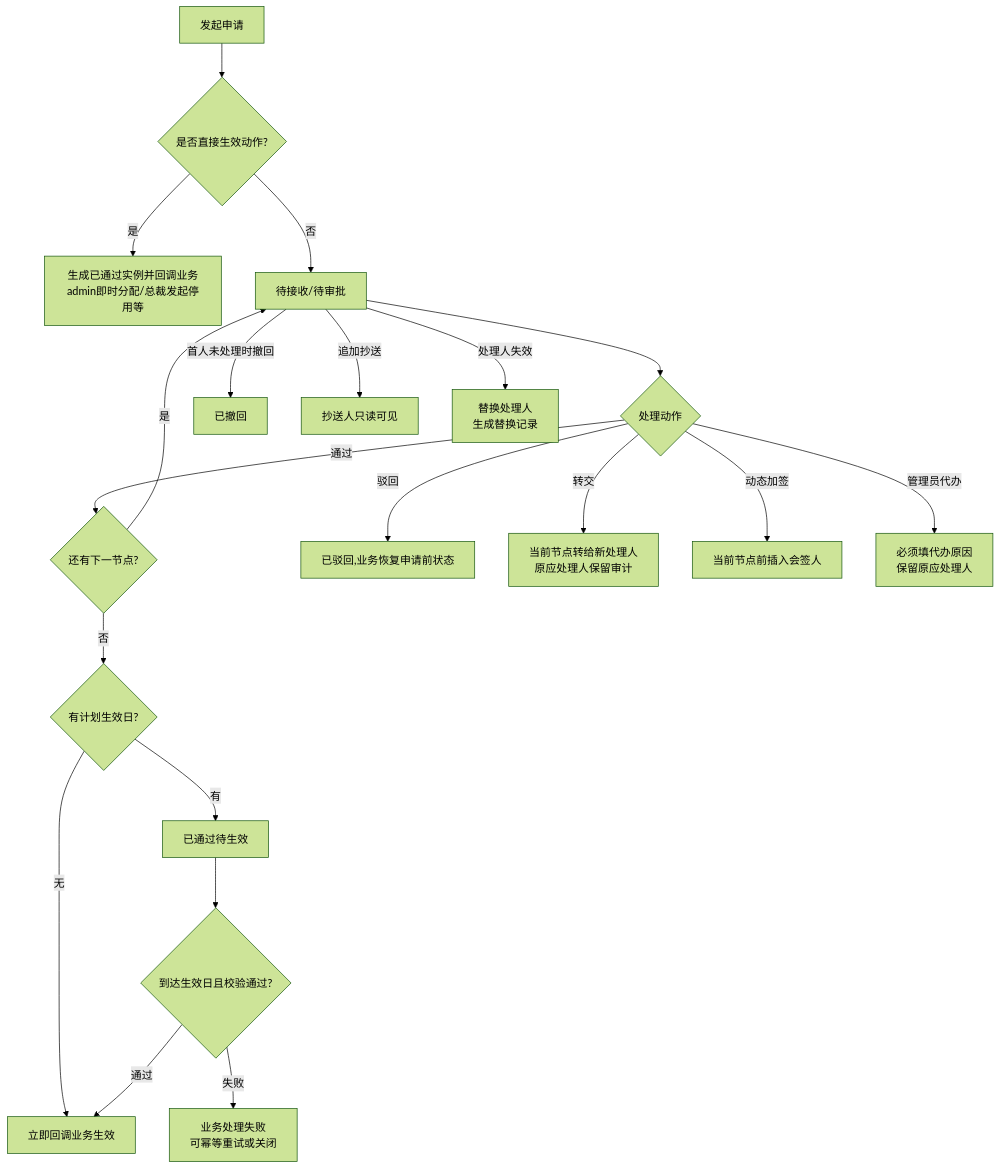
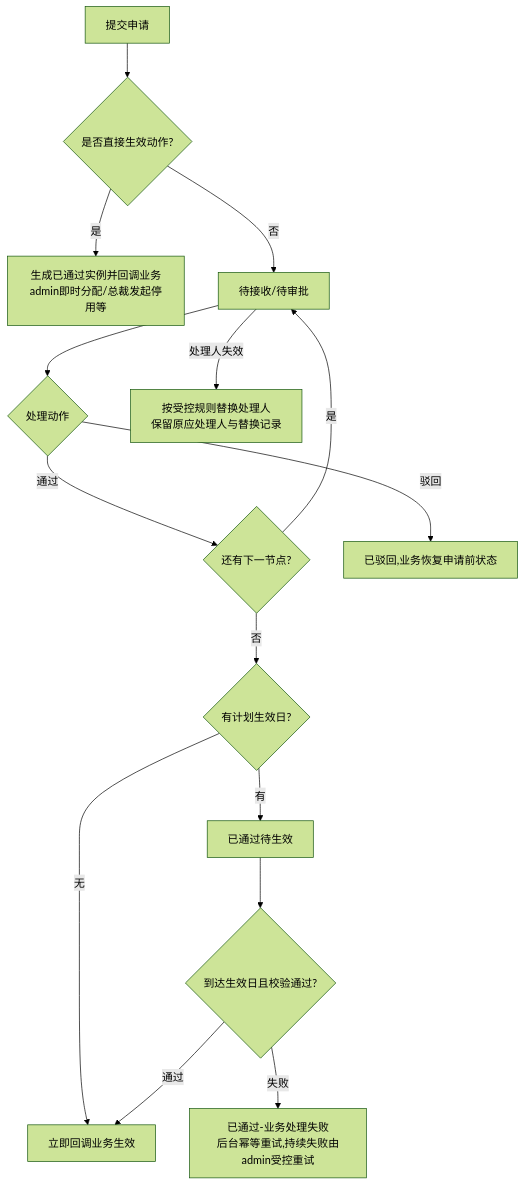
The diagram in prd-workspace/current/user-flows/FLOW-09-M04-approval-lifecycle.md (Joker-1030/Yingjia-Internal-Management-System), drawn with Mermaid (forest theme) before and after one commit. The commit also changed other lines of this file and 89 other files, not shown here.

````diff
--- a/prd-workspace/current/user-flows/FLOW-09-M04-approval-lifecycle.md
+++ b/prd-workspace/current/user-flows/FLOW-09-M04-approval-lifecycle.md
@@ -8,22 +8,17 @@
 ```mermaid
 flowchart TD
-    A[发起申请] --> B{是否直接生效动作?}
+    A[提交申请] --> B{是否直接生效动作?}
     B -- 是 --> C[生成已通过实例并回调业务<br/>admin即时分配/总裁发起停用等]
     B -- 否 --> D[待接收/待审批]
     D --> E{处理动作}
     E -- 通过 --> F{还有下一节点?}
     F -- 是 --> D
     F -- 否 --> G{有计划生效日?}
     G -- 无 --> H[立即回调业务生效]
     G -- 有 --> I[已通过待生效]
     I --> J{到达生效日且校验通过?}
-    J -- 失败 --> K[业务处理失败<br/>可幂等重试或关闭]
+    J -- 失败 --> K[已通过-业务处理失败<br/>后台幂等重试,持续失败由admin受控重试]
     J -- 通过 --> H
     E -- 驳回 --> L[已驳回,业务恢复申请前状态]
-    D -- 首人未处理时撤回 --> M[已撤回]
-    E -- 转交 --> N[当前节点转给新处理人<br/>原应处理人保留审计]
-    E -- 动态加签 --> O[当前节点前插入会签人]
-    D -- 追加抄送 --> P[抄送人只读可见]
-    E -- 管理员代办 --> Q[必须填代办原因<br/>保留原应处理人]
-    D -- 处理人失效 --> R[替换处理人<br/>生成替换记录]
+    D -- 处理人失效 --> R[按受控规则替换处理人<br/>保留原应处理人与替换记录]
 ```
````
